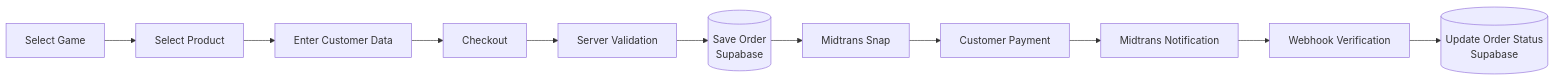
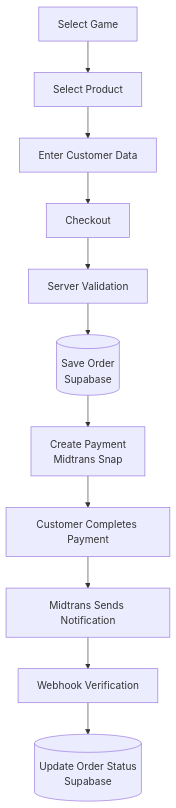
Before and after one commit to imammularif/topupku: the second of 4 diagrams in README.md, drawn with Mermaid. The commit also changed other lines of this file, not shown here.

````diff
--- a/README.md
+++ b/README.md
@@ -133,13 +131,13 @@
 ```mermaid
-flowchart LR
+flowchart TB
     A["Select Game"] --> B["Select Product"]
     B --> C["Enter Customer Data"]
     C --> D["Checkout"]
     D --> E["Server Validation"]
     E --> F[("Save Order<br/>Supabase")]
-    F --> G["Midtrans Snap"]
-    G --> H["Customer Payment"]
-    H --> I["Midtrans Notification"]
+    F --> G["Create Payment<br/>Midtrans Snap"]
+    G --> H["Customer Completes Payment"]
+    H --> I["Midtrans Sends Notification"]
     I --> J["Webhook Verification"]
     J --> K[("Update Order Status<br/>Supabase")]
 ```
````
